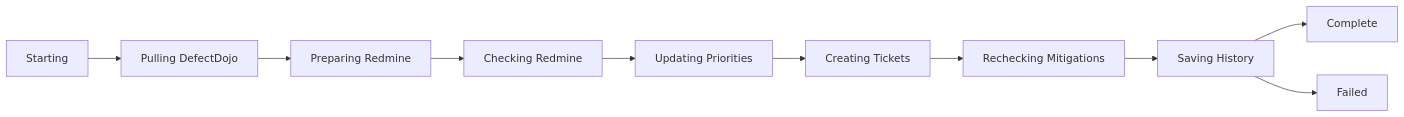
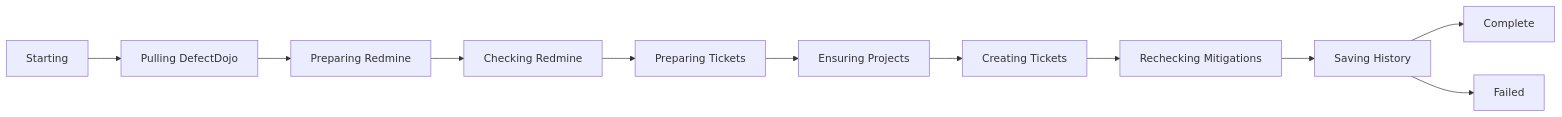
Before and after one commit to Ratthapoom681/Middleware-2.0: the tenth of 19 diagrams in apps/vulnerability/docs/feature-workflows.md, drawn with Mermaid. The commit also changed other lines of this file and 68 other files, not shown here.

````diff
--- a/apps/vulnerability/docs/feature-workflows.md
+++ b/apps/vulnerability/docs/feature-workflows.md
@@ -259,12 +271,13 @@
 ```mermaid
 flowchart LR
   A["Starting"] --> B["Pulling DefectDojo"]
   B --> C["Preparing Redmine"]
   C --> D["Checking Redmine"]
-  D --> E["Updating Priorities"]
-  E --> F["Creating Tickets"]
-  F --> G["Rechecking Mitigations"]
-  G --> H["Saving History"]
-  H --> I["Complete"]
-  H --> J["Failed"]
+  D --> E["Preparing Tickets"]
+  E --> F["Ensuring Projects"]
+  F --> G["Creating Tickets"]
+  G --> H["Rechecking Mitigations"]
+  H --> I["Saving History"]
+  I --> J["Complete"]
+  I --> K["Failed"]
 ```
````
